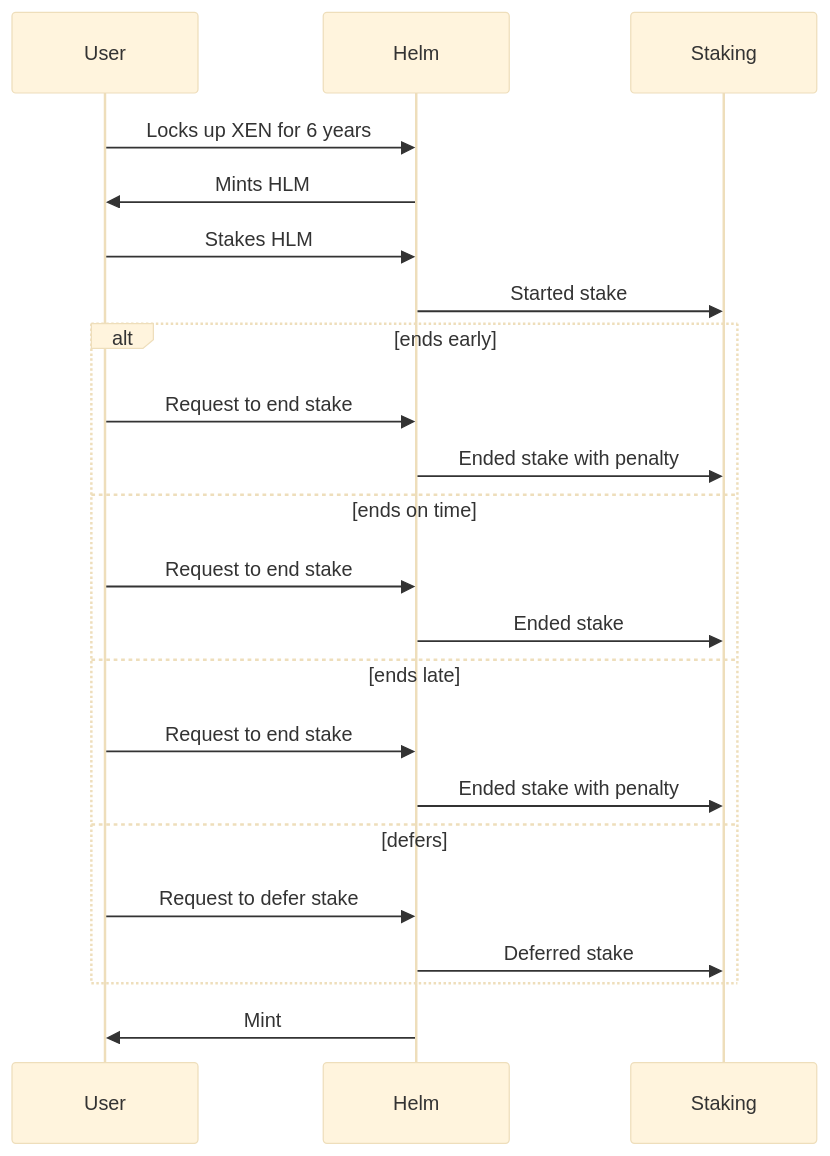
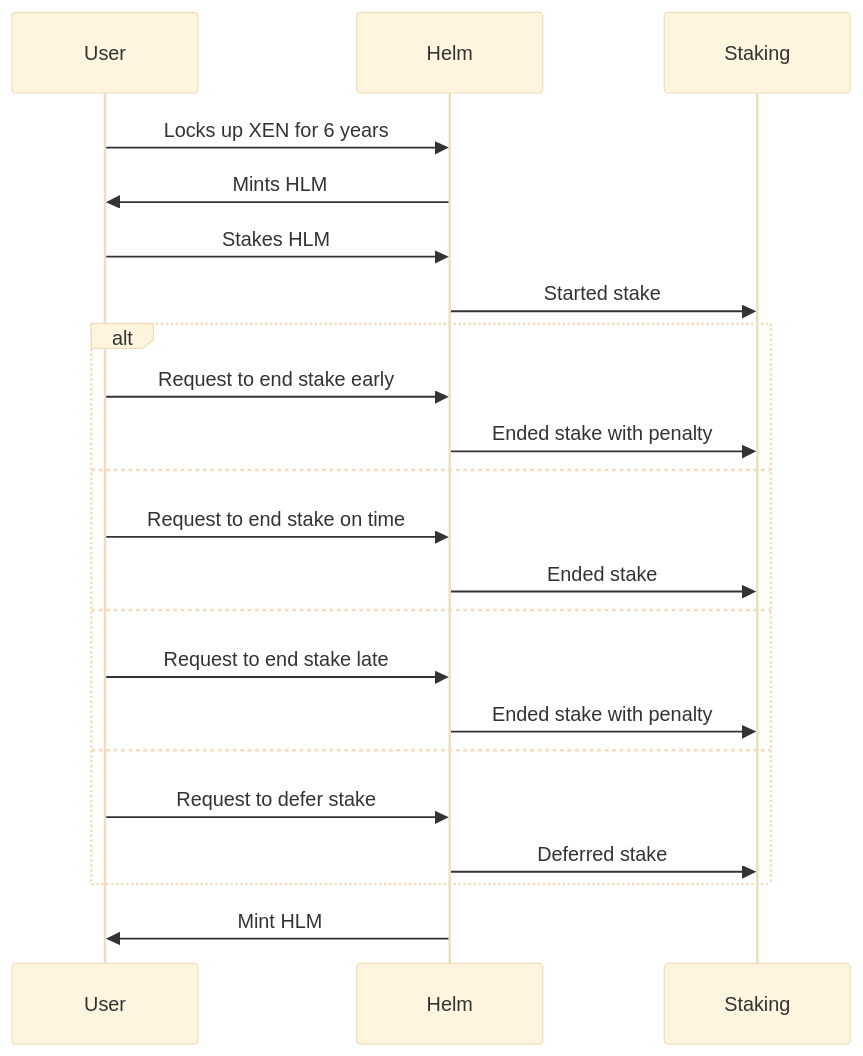
The first of 2 diagrams in architecture.md (helmtoken/docs), drawn with Mermaid (base theme) before and after one commit.

Commit message:
GITBOOK-24: change request with no subject merged in GitBook

````diff
--- a/architecture.md
+++ b/architecture.md
@@ -5,21 +5,21 @@
 ```mermaid
 sequenceDiagram
     User->>Helm: Locks up XEN for 6 years
     Helm->>User: Mints HLM
     User->>Helm: Stakes HLM
     Helm->>Staking: Started stake
-    alt ends early
-        User->>Helm: Request to end stake
+    alt
+        User->>Helm: Request to end stake early
         Helm->>Staking: Ended stake with penalty
-    else ends on time
-        User->>Helm: Request to end stake
+    else
+        User->>Helm: Request to end stake on time
         Helm->>Staking: Ended stake
-    else ends late
-        User->>Helm: Request to end stake
+    else
+        User->>Helm: Request to end stake late
         Helm->>Staking: Ended stake with penalty
-    else defers
+    else
         User->>Helm: Request to defer stake
         Helm->>Staking: Deferred stake
     end
-    Helm->>User: Mint
+    Helm->>User: Mint HLM
 ```
````
